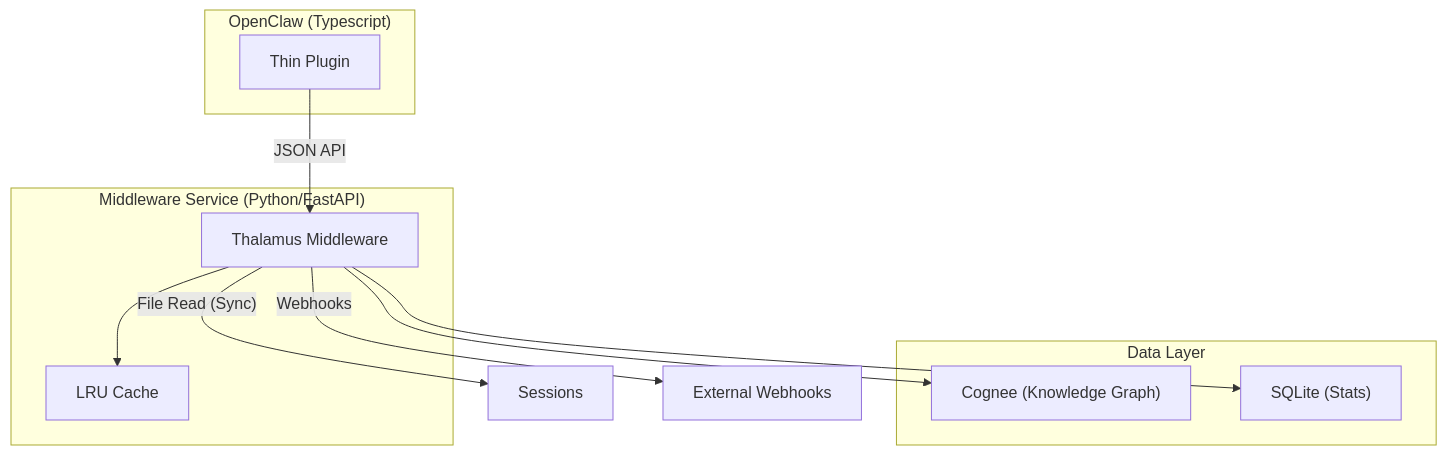
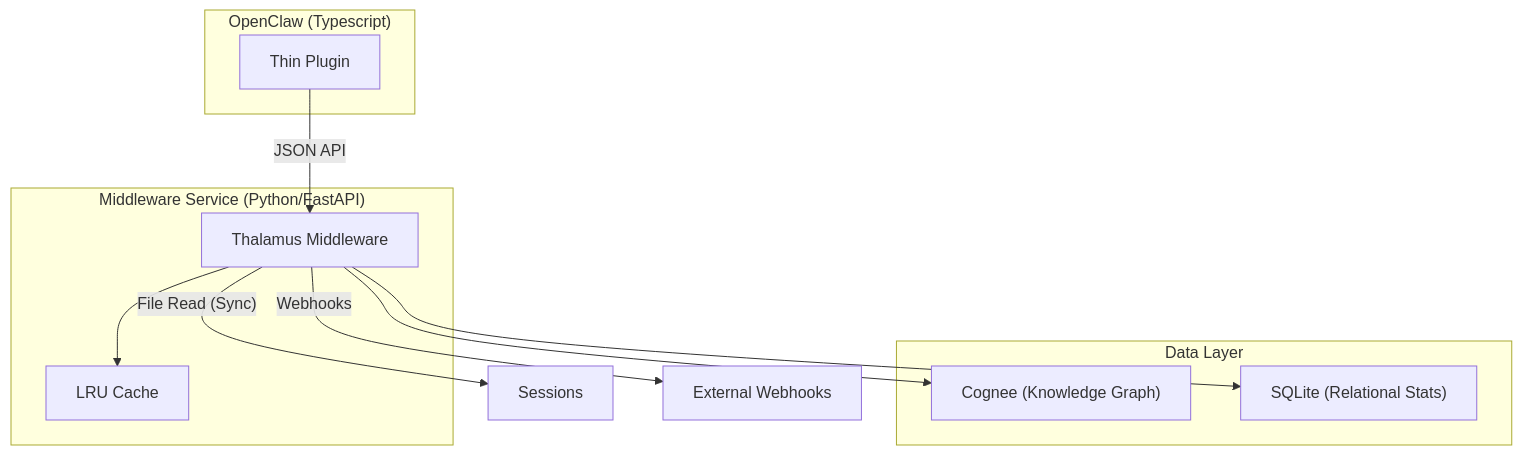
Before and after one commit to JuanHuaXu/thalamus: the second of 3 diagrams in docs/architecture.md, drawn with Mermaid. The commit also changed other lines of this file and 5 other files, not shown here.

````diff
--- a/docs/architecture.md
+++ b/docs/architecture.md
@@ -33,23 +33,23 @@
 ```mermaid
 graph TD
     subgraph "OpenClaw (Typescript)"
         OC_P["Thin Plugin"]
     end
     
     subgraph "Middleware Service (Python/FastAPI)"
         MW["Thalamus Middleware"]
         Cache["LRU Cache"]
     end
     
     subgraph "Data Layer"
         CG["Cognee (Knowledge Graph)"]
-        PG["SQLite (Stats)"]
+        PG["SQLite (Relational Stats)"]
     end
 
     OC_P -- "JSON API" --> MW
     MW -- "File Read (Sync)" --> Sessions
     MW --> Cache
     MW -- "Webhooks" --> Webhooks["External Webhooks"]
     MW --> CG
     MW --> PG
 ```
````
